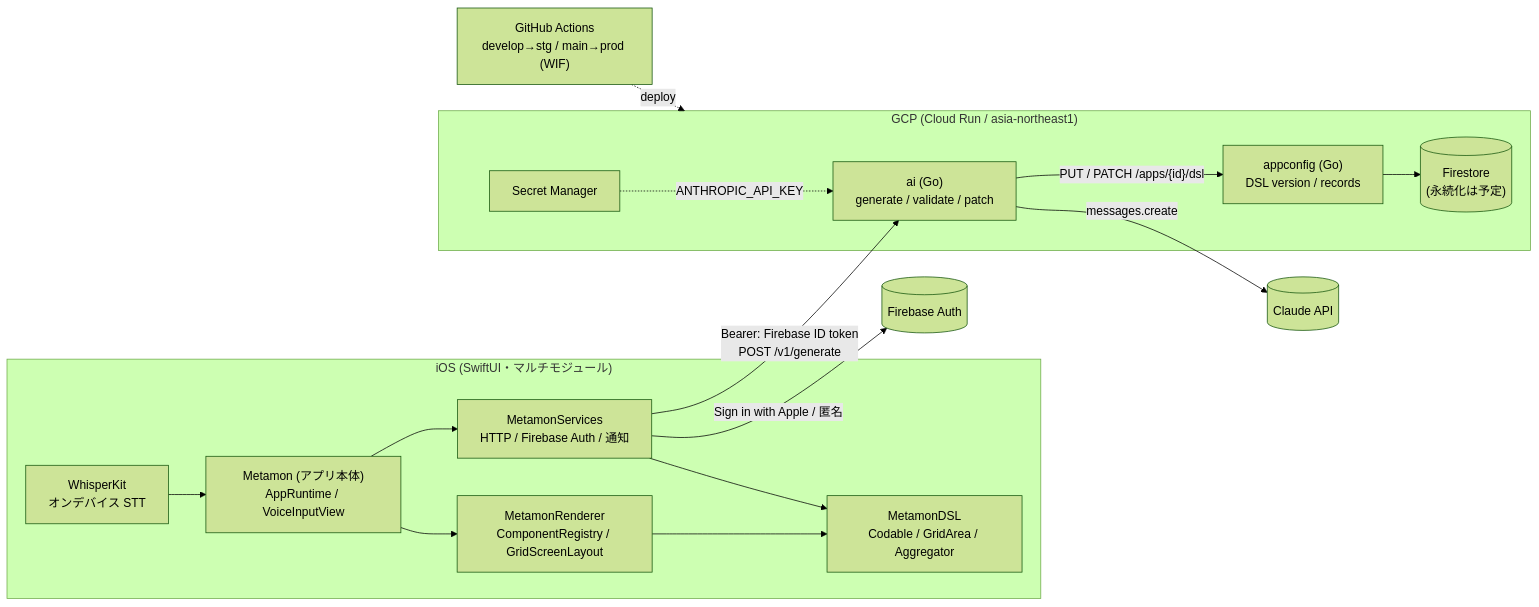
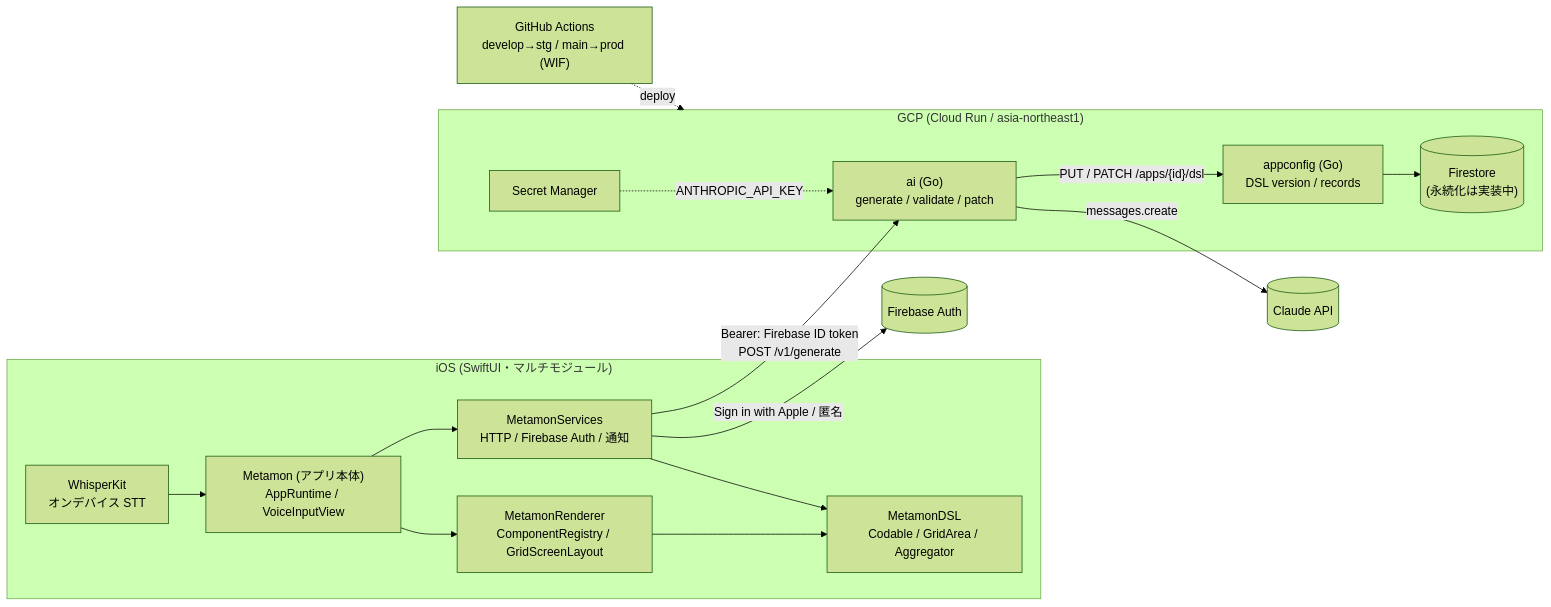
The second of 2 diagrams in README.md (jphacks/kz_2601), drawn with Mermaid (forest theme) before and after one commit. The commit also changed other lines of this file and 2 other files, not shown here.

````diff
--- a/README.md
+++ b/README.md
@@ -156,23 +161,23 @@
 ```mermaid
 flowchart LR
   subgraph iOS["iOS (SwiftUI・マルチモジュール)"]
     W["WhisperKit<br/>オンデバイス STT"] --> App["Metamon (アプリ本体)<br/>AppRuntime / VoiceInputView"]
     App --> Ren["MetamonRenderer<br/>ComponentRegistry / GridScreenLayout"]
     App --> Svc["MetamonServices<br/>HTTP / Firebase Auth / 通知"]
     Ren --> DSL["MetamonDSL<br/>Codable / GridArea / Aggregator"]
     Svc --> DSL
   end
   subgraph GCP["GCP (Cloud Run / asia-northeast1)"]
     AI["ai (Go)<br/>generate / validate / patch"]
     AC["appconfig (Go)<br/>DSL version / records"]
-    FS[("Firestore<br/>(永続化は予定)")]
+    FS[("Firestore<br/>(永続化は実装中)")]
     SM["Secret Manager"]
   end
   Svc -- "Bearer: Firebase ID token<br/>POST /v1/generate" --> AI
   AI -- "PUT / PATCH /apps/{id}/dsl" --> AC
   AC --> FS
   AI -- "messages.create" --> CL[(Claude API)]
   SM -. ANTHROPIC_API_KEY .-> AI
   Svc -- "Sign in with Apple / 匿名" --> FA[(Firebase Auth)]
   GH["GitHub Actions<br/>develop→stg / main→prod (WIF)"] -. deploy .-> GCP
 ```
````
